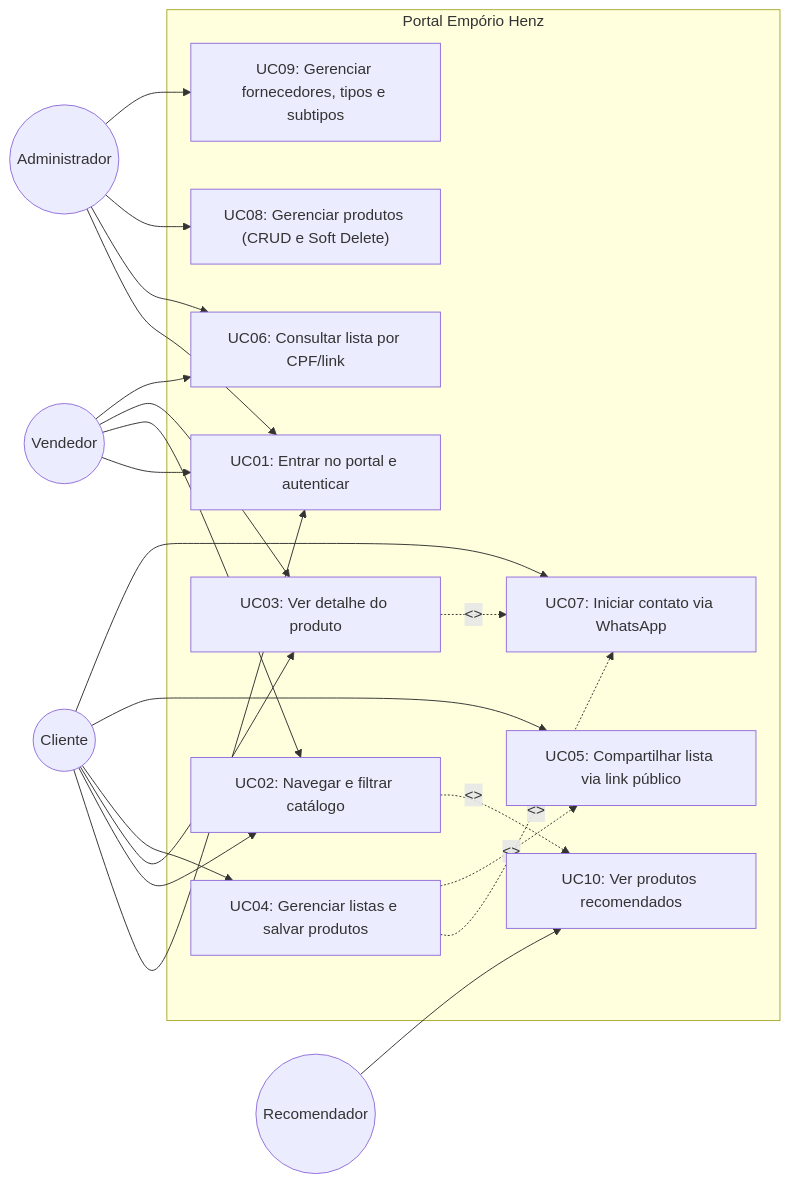
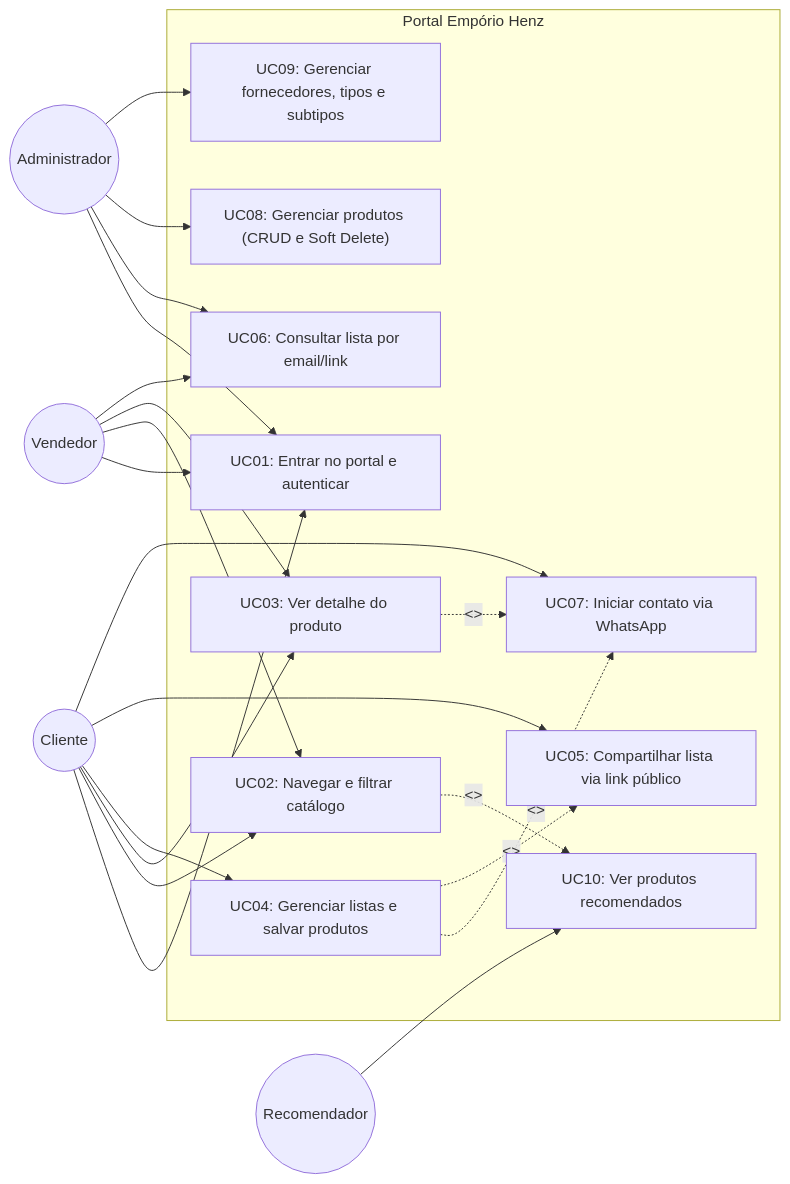
One commit to Joao-Camilo-Mallmann/site-emporio-henz changed the first of 3 diagrams in docs/PRD.md. Above: the diagram before and after it, drawn with Mermaid. The commit also changed other lines of this file and 1 other file, not shown here.

````diff
--- a/docs/PRD.md
+++ b/docs/PRD.md
@@ -122,44 +122,44 @@
 ```mermaid
 flowchart LR
     subgraph Sistema ["Portal Empório Henz"]
         UC01["UC01: Entrar no portal e autenticar"]
         UC02["UC02: Navegar e filtrar catálogo"]
         UC03["UC03: Ver detalhe do produto"]
         UC04["UC04: Gerenciar listas e salvar produtos"]
         UC05["UC05: Compartilhar lista via link público"]
-        UC06["UC06: Consultar lista por CPF/link"]
+        UC06["UC06: Consultar lista por email/link"]
         UC07["UC07: Iniciar contato via WhatsApp"]
         UC08["UC08: Gerenciar produtos (CRUD e Soft Delete)"]
         UC09["UC09: Gerenciar fornecedores, tipos e subtipos"]
         UC10["UC10: Ver produtos recomendados"]
     end
 
     Cliente((Cliente))
     Vendedor((Vendedor))
     Admin((Administrador))
     Recomendador((Recomendador))
 
     Cliente --> UC01
     Cliente --> UC02
     Cliente --> UC03
     Cliente --> UC04
     Cliente --> UC05
     Cliente --> UC07
 
     Vendedor --> UC01
     Vendedor --> UC02
     Vendedor --> UC03
     Vendedor --> UC06
 
     Admin --> UC01
     Admin --> UC06
     Admin --> UC08
     Admin --> UC09
 
     Recomendador --> UC10
 
     UC03 -.->|<<extend>>| UC07
     UC04 -.->|<<extend>>| UC07
     UC04 -.->|<<include>>| UC05
     UC02 -.->|<<extend>>| UC10
 ```
````
